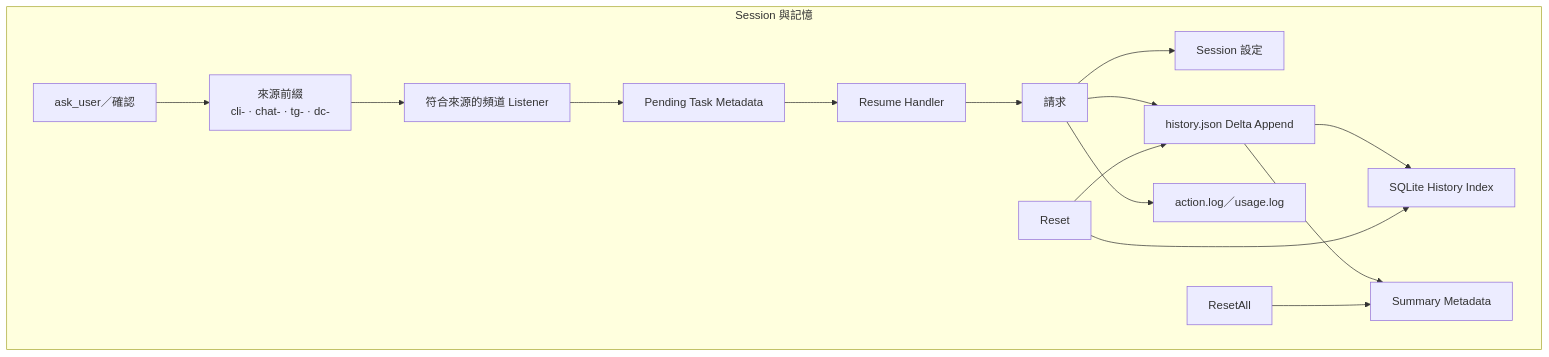
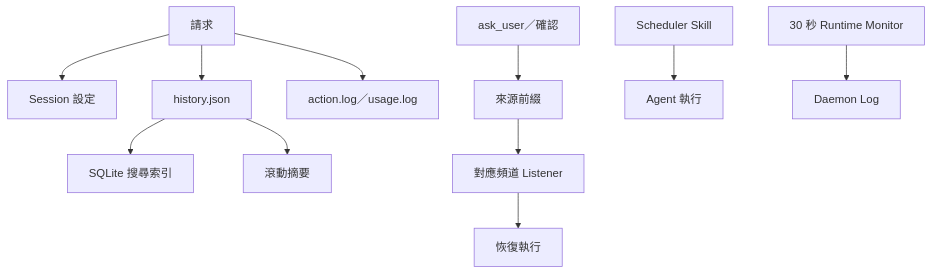
Before and after one commit to agenvoy/Agenvoy: the sixth of 9 diagrams in doc/architecture.zh.md, drawn with Mermaid. The commit also changed other lines of this file and 5 other files, not shown here.

````diff
--- a/doc/architecture.zh.md
+++ b/doc/architecture.zh.md
@@ -144,18 +113,13 @@
 ```mermaid
 graph TB
-    subgraph Sessions[Session 與記憶]
-        Request[請求] --> Config[Session 設定]
-        Request --> History[history.json Delta Append]
-        History --> SQLite[SQLite History Index]
-        History --> Summary[Summary Metadata]
-        Request --> Logs[action.log／usage.log]
-        Pending[ask_user／確認] --> Origin[來源前綴<br/>cli- · chat- · tg- · dc-]
-        Origin --> MatchListener[符合來源的頻道 Listener]
-        MatchListener --> Meta[Pending Task Metadata]
-        Meta --> Resume[Resume Handler]
-        Resume --> Request
-        Reset[Reset] --> History
-        Reset --> SQLite
-        ResetAll[ResetAll] --> Summary
-    end
+    Request[請求] --> Session[Session 設定]
+    Request --> History[history.json]
+    History --> SQLite[SQLite 搜尋索引]
+    History --> Summary[滾動摘要]
+    Request --> Logs[action.log／usage.log]
+    Pending[ask_user／確認] --> Origin[來源前綴]
+    Origin --> Listener[對應頻道 Listener]
+    Listener --> Resume[恢復執行]
+    Scheduler[Scheduler Skill] --> Execute[Agent 執行]
+    Monitor[30 秒 Runtime Monitor] --> DaemonLog[Daemon Log]
 ```
````
